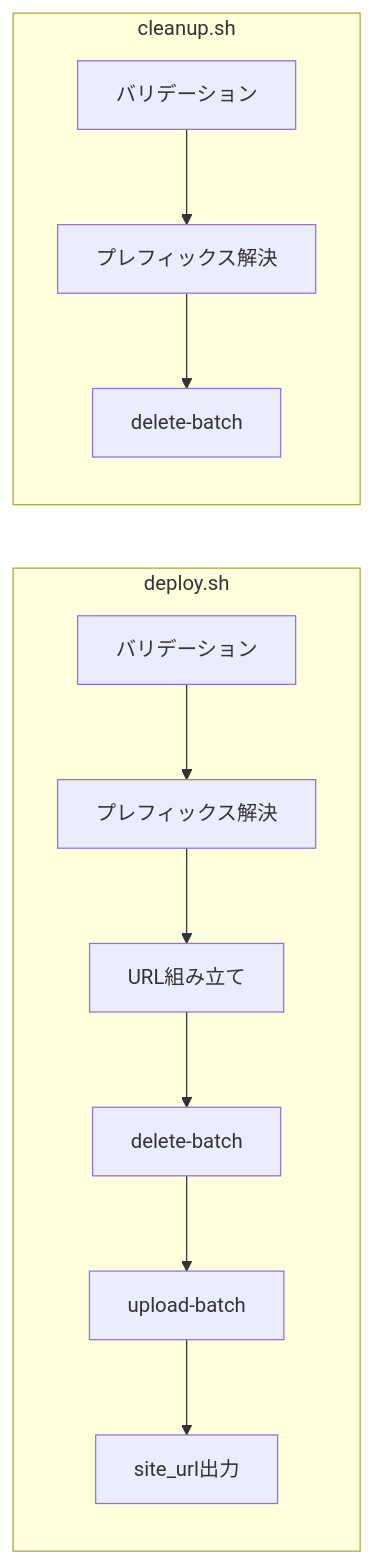
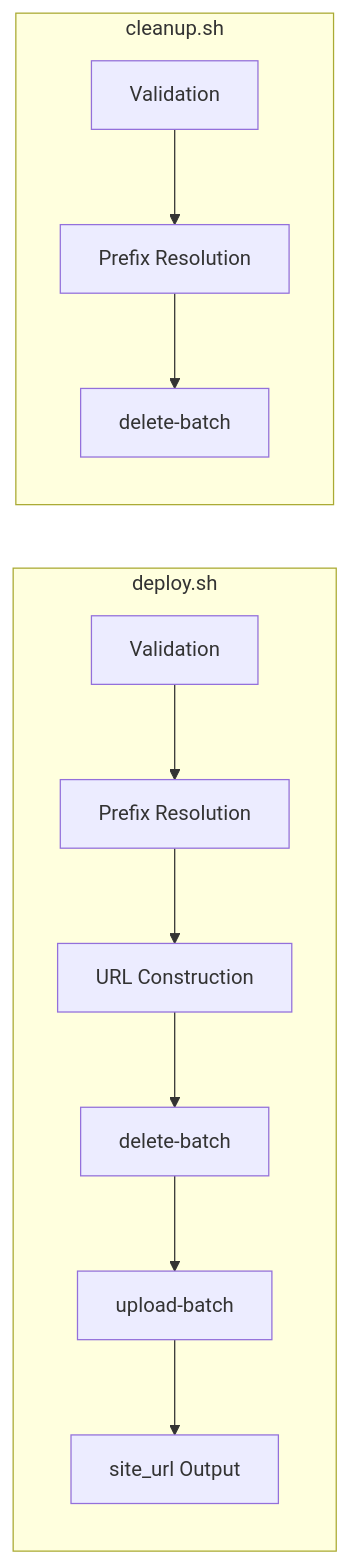
The second of 2 diagrams in docs/cleanup.md (nuitsjp/azure-blob-storage-site-deploy-dev), drawn with Mermaid before and after one commit. The commit also changed other lines of this file and 13 other files, not shown here.

````diff
--- a/docs/cleanup.md
+++ b/docs/cleanup.md
@@ -76,15 +78,15 @@
 ```mermaid
 flowchart LR
     subgraph deploy.sh
-        DV[バリデーション] --> DR[プレフィックス解決]
-        DR --> DU[URL組み立て]
+        DV[Validation] --> DR[Prefix Resolution]
+        DR --> DU[URL Construction]
         DU --> DD[delete-batch]
         DD --> DUP[upload-batch]
-        DUP --> DO[site_url出力]
+        DUP --> DO[site_url Output]
     end
 
     subgraph cleanup.sh
-        CV[バリデーション] --> CR[プレフィックス解決]
+        CV[Validation] --> CR[Prefix Resolution]
         CR --> CD[delete-batch]
     end
 ```
````
